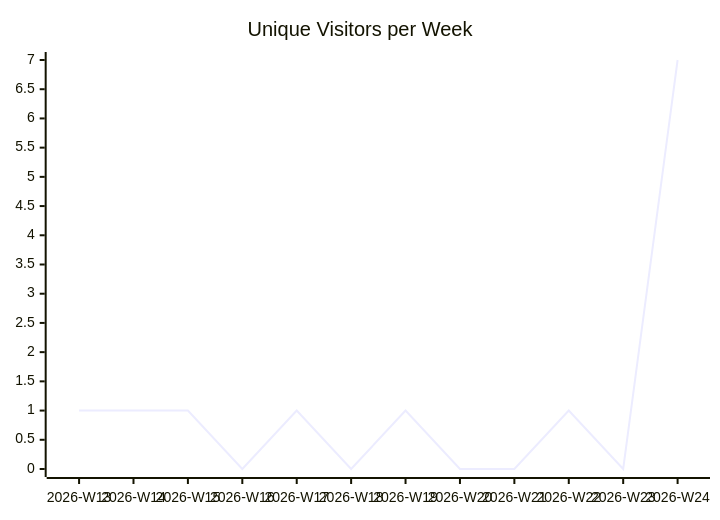
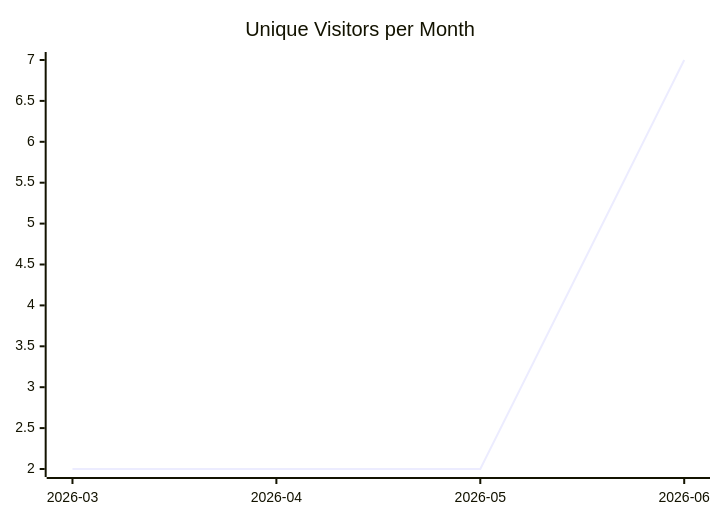
One commit to justdavis-family/github-analytics-data changed the first of 3 diagrams in karlmdavis/ansible-role-jenkins2/README.md. Above: the diagram before and after it, drawn with Mermaid. The commit also changed other lines of this file and 198 other files, not shown here.

````diff
--- a/karlmdavis/ansible-role-jenkins2/README.md
+++ b/karlmdavis/ansible-role-jenkins2/README.md
@@ -5,6 +5,6 @@
 ```mermaid
 xychart-beta
-  title "Unique Visitors per Week"
-  x-axis ["2026-W13", "2026-W14", "2026-W15", "2026-W16", "2026-W17", "2026-W18", "2026-W19", "2026-W20", "2026-W21", "2026-W22", "2026-W23", "2026-W24"]
-  line [1, 1, 1, 0, 1, 0, 1, 0, 0, 1, 0, 7]
+  title "Unique Visitors per Month"
+  x-axis ["2026-03", "2026-04", "2026-05", "2026-06"]
+  line [2, 2, 2, 7]
 ```
````
